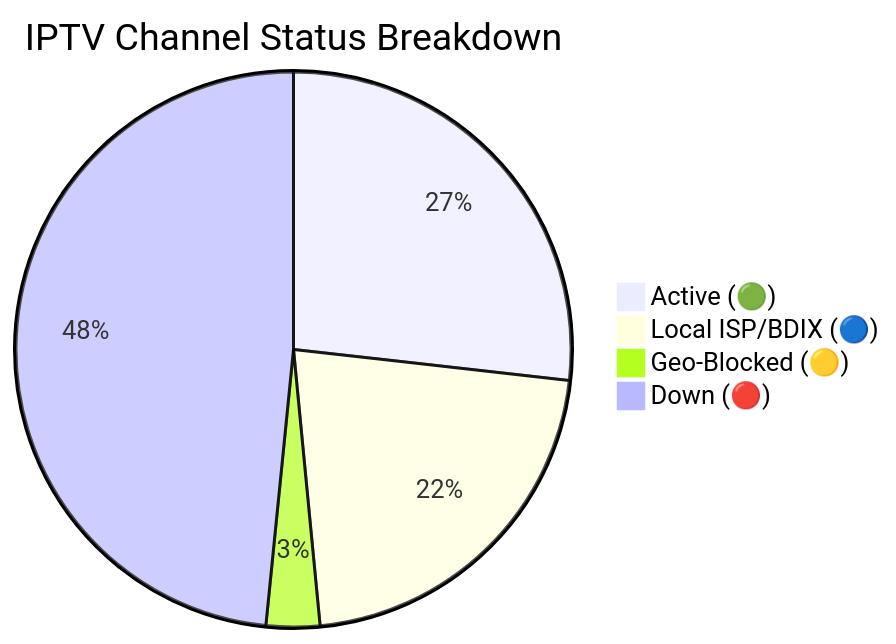
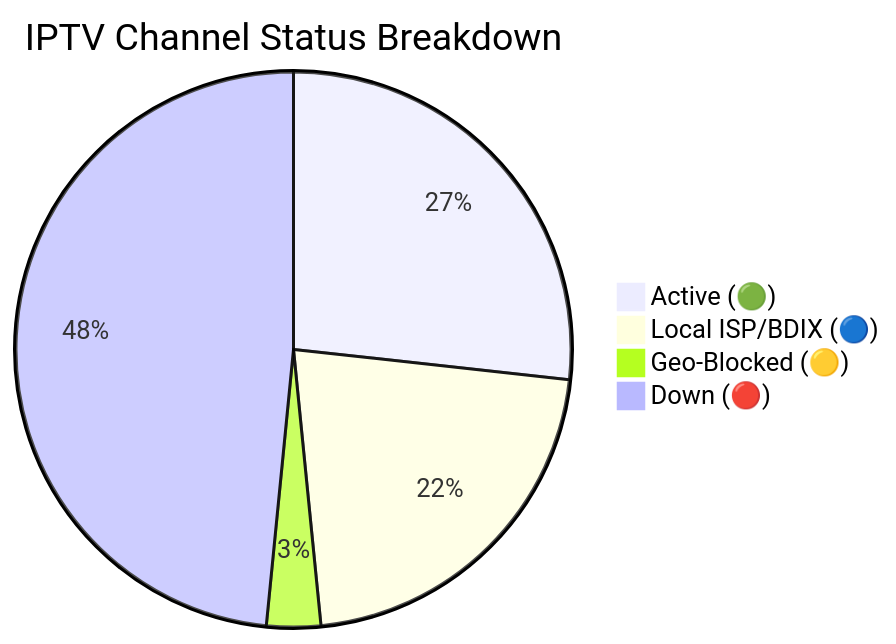
Before and after one commit to Zaman-Topu/Ip-tv-Collection: the diagram in README.md, drawn with Mermaid. The commit also changed other lines of this file and 6 other files, not shown here.

````diff
--- a/README.md
+++ b/README.md
@@ -72,7 +72,7 @@
 ```mermaid
 pie title IPTV Channel Status Breakdown
-    "Active (🟢)" : 11056
+    "Active (🟢)" : 11039
     "Local ISP/BDIX (🔵)" : 8951
-    "Geo-Blocked (🟡)" : 1287
-    "Down (🔴)" : 19982
+    "Geo-Blocked (🟡)" : 1298
+    "Down (🔴)" : 19997
 ```
````
